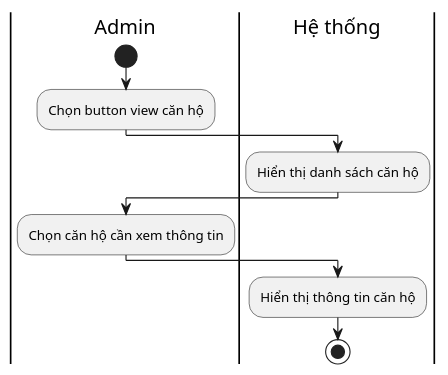
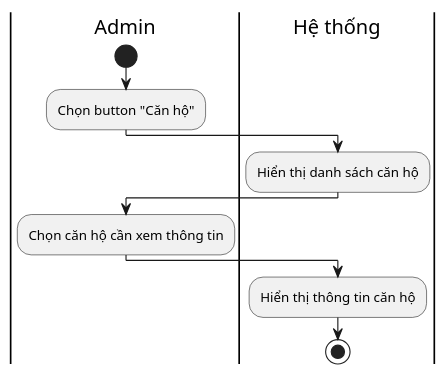
One commit to QuickyBooster/SE357-Pratice-class changed the diagram in Lab1/Lab1.2/Activity Diagram/Quản lý căn hộ/Xem thông tin căn hộ.plantuml. Above: the diagram before and after it, drawn with PlantUML. The commit also changed 7 other files, not shown here.

Commit message:
thuyduong class diagram

```diff
--- a/Lab1/Lab1.2/Activity Diagram/Quản lý căn hộ/Xem thông tin căn hộ.plantuml
+++ b/Lab1/Lab1.2/Activity Diagram/Quản lý căn hộ/Xem thông tin căn hộ.plantuml
@@ -1,12 +1,12 @@
 @startuml
 |Admin|
 start
-:Chọn button view căn hộ;
+:Chọn button "Căn hộ";
 |Hệ thống|
 :Hiển thị danh sách căn hộ;
 |Admin|
 :Chọn căn hộ cần xem thông tin;
 |Hệ thống|
 :Hiển thị thông tin căn hộ;
 stop
 @enduml
```
